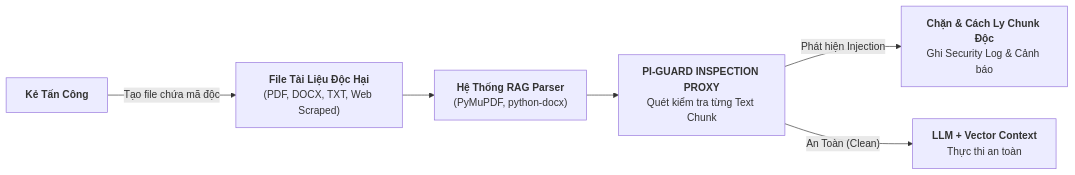
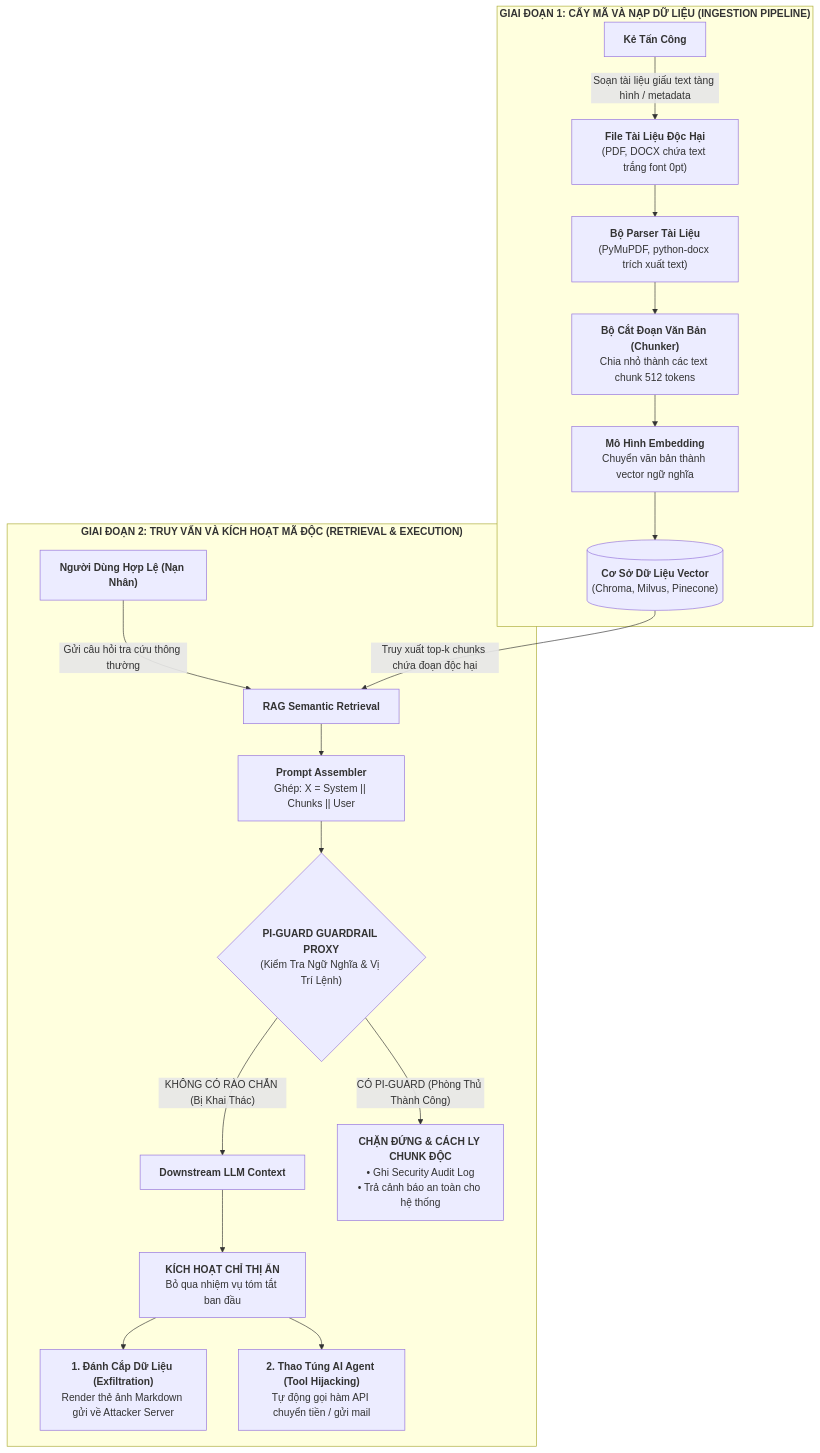
Before and after one commit to nvtruongops/pi-guard: the second of 3 diagrams in workspaces/truongnv/reports/task_for_meeting_4/TASK_2_ATTACK_VECTORS_AND_MODELS.md, drawn with Mermaid. The commit also changed other lines of this file and 2 other files, not shown here.

Commit message:
docs(truongnv): enrich Task 1 and Task 2 with structured attack mechanisms, execution flows and impact analysis

````diff
--- a/workspaces/truongnv/reports/task_for_meeting_4/TASK_2_ATTACK_VECTORS_AND_MODELS.md
+++ b/workspaces/truongnv/reports/task_for_meeting_4/TASK_2_ATTACK_VECTORS_AND_MODELS.md
@@ -79,8 +141,26 @@
 ```mermaid
-flowchart LR
-    Attacker["<b>Kẻ Tấn Công</b>"] -->|Tạo file chứa mã độc| MalDoc["<b>File Tài Liệu Độc Hại</b><br/>(PDF, DOCX, TXT, Web Scraped)"]
-    MalDoc --> Ingest["<b>Hệ Thống RAG Parser</b><br/>(PyMuPDF, python-docx)"]
-    Ingest --> Guardrail["<b>PI-GUARD INSPECTION PROXY</b><br/>Quét kiểm tra từng Text Chunk"]
-    Guardrail -- "Phát hiện Injection" --> Drop["<b>Chặn & Cách Ly Chunk Độc</b><br/>Ghi Security Log & Cảnh báo"]
-    Guardrail -- "An Toàn (Clean)" --> LLM["<b>LLM + Vector Context</b><br/>Thực thi an toàn"]
+flowchart TD
+    subgraph Ingestion["<b>GIAI ĐOẠN 1: CẤY MÃ VÀ NẠP DỮ LIỆU (INGESTION PIPELINE)</b>"]
+        Attacker["<b>Kẻ Tấn Công</b>"] -->|Soạn tài liệu giấu text tàng hình / metadata| MalDoc["<b>File Tài Liệu Độc Hại</b><br/>(PDF, DOCX chứa text trắng font 0pt)"]
+        MalDoc --> Parser["<b>Bộ Parser Tài Liệu</b><br/>(PyMuPDF, python-docx trích xuất text)"]
+        Parser --> Chunker["<b>Bộ Cắt Đoạn Văn Bản (Chunker)</b><br/>Chia nhỏ thành các text chunk 512 tokens"]
+        Chunker --> Embedder["<b>Mô Hình Embedding</b><br/>Chuyển văn bản thành vector ngữ nghĩa"]
+        Embedder --> VectorDB[("<b>Cơ Sở Dữ Liệu Vector</b><br/>(Chroma, Milvus, Pinecone)")]
+    end
+
+    subgraph QueryExecution["<b>GIAI ĐOẠN 2: TRUY VẤN VÀ KÍCH HOẠT MÃ ĐỘC (RETRIEVAL & EXECUTION)</b>"]
+        Victim["<b>Người Dùng Hợp Lệ (Nạn Nhân)</b>"] -->|Gửi câu hỏi tra cứu thông thường| Search["<b>RAG Semantic Retrieval</b>"]
+        VectorDB -->|Truy xuất top-k chunks chứa đoạn độc hại| Search
+        Search --> Assembler["<b>Prompt Assembler</b><br/>Ghép: X = System || Chunks || User"]
+        
+        Assembler --> GuardCheck{"<b>PI-GUARD GUARDRAIL PROXY</b><br/>(Kiểm Tra Ngữ Nghĩa & Vị Trí Lệnh)"}
+        
+        GuardCheck -- "KHÔNG CÓ RÀO CHẮN (Bị Khai Thác)" --> LLM["<b>Downstream LLM Context</b>"]
+        LLM --> Trigger["<b>KÍCH HOẠT CHỈ THỊ ẨN</b><br/>Bỏ qua nhiệm vụ tóm tắt ban đầu"]
+        
+        Trigger --> Exfil["<b>1. Đánh Cắp Dữ Liệu (Exfiltration)</b><br/>Render thẻ ảnh Markdown gửi về Attacker Server"]
+        Trigger --> ToolCall["<b>2. Thao Túng AI Agent (Tool Hijacking)</b><br/>Tự động gọi hàm API chuyển tiền / gửi mail"]
+        
+        GuardCheck -- "CÓ PI-GUARD (Phòng Thủ Thành Công)" --> Drop["<b>CHẶN ĐỨNG & CÁCH LY CHUNK ĐỘC</b><br/>• Ghi Security Audit Log<br/>• Trả cảnh báo an toàn cho hệ thống"]
+    end
 ```
````
